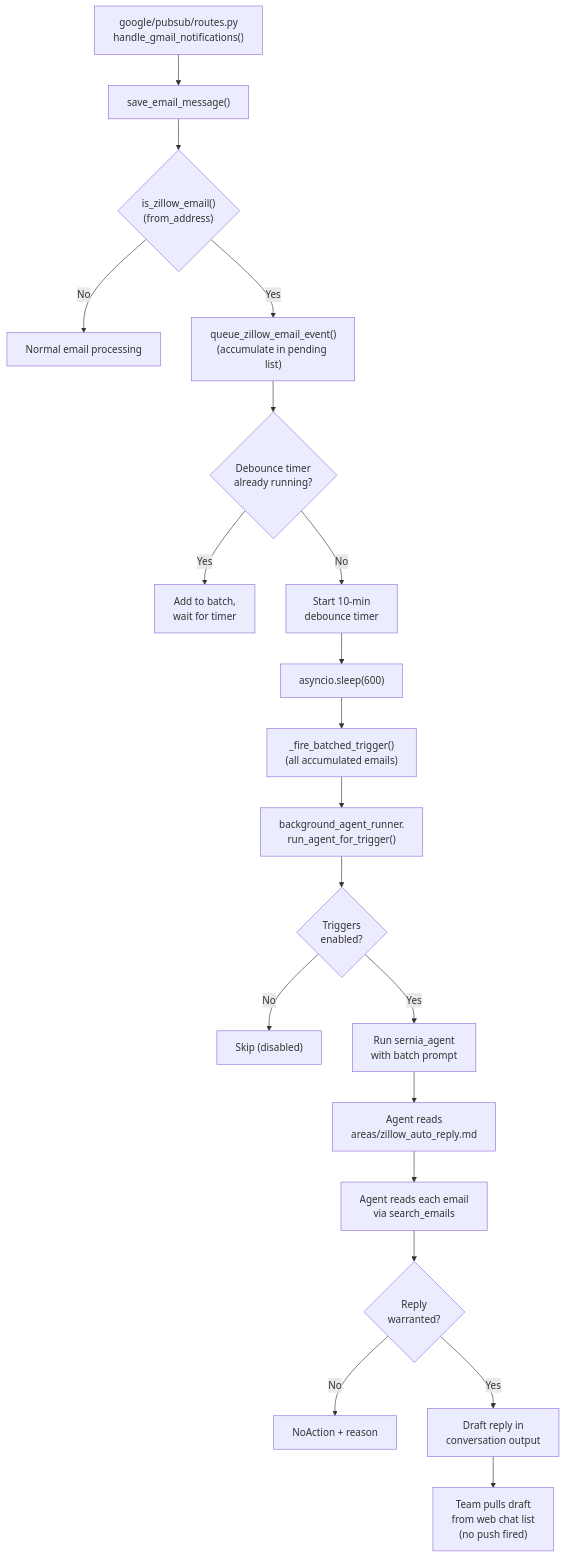
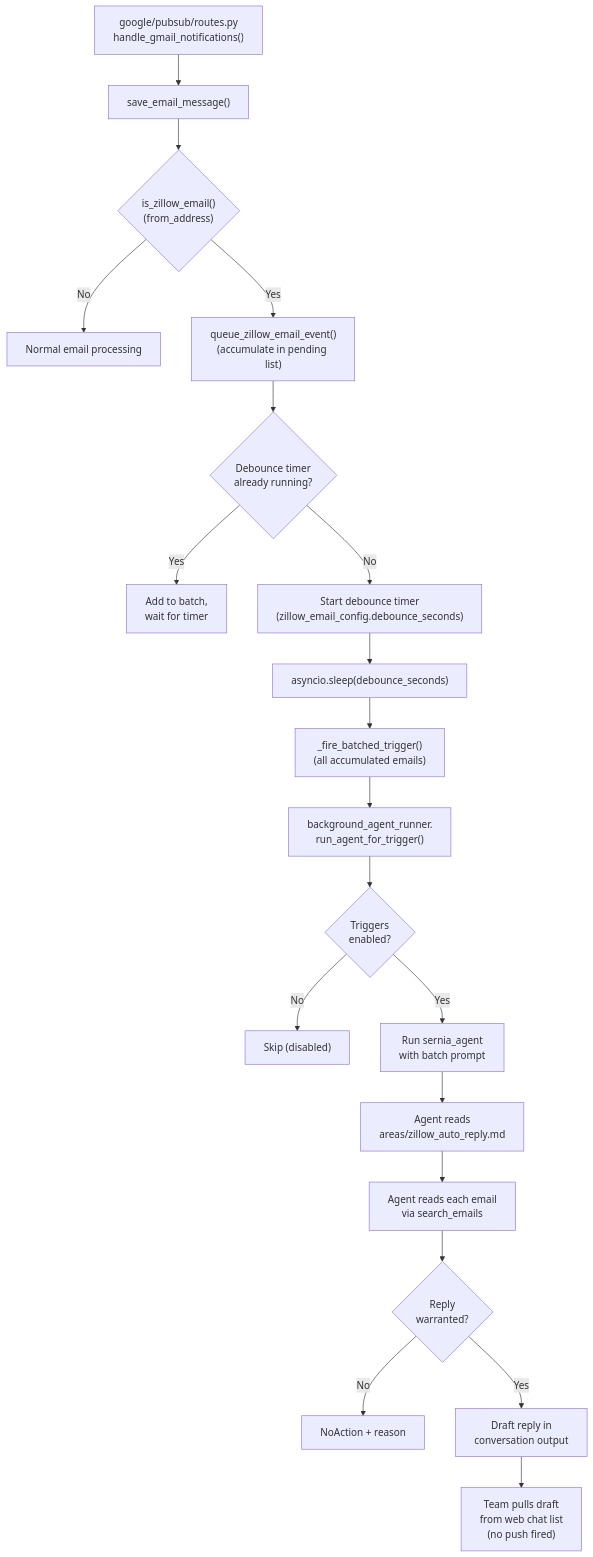
One commit to EmilioEsposito/portfolio changed the fourth of 4 diagrams in api/src/sernia_ai/triggers/README.md. Above: the diagram before and after it, drawn with Mermaid. The commit also changed other lines of this file and 10 other files, not shown here.

Commit message:
feat(zillow_email): implement configurable debounce and approval settings for Zillow email processing

````diff
--- a/api/src/sernia_ai/triggers/README.md
+++ b/api/src/sernia_ai/triggers/README.md
@@ -107,26 +114,26 @@
 ```mermaid
 flowchart TD
     PUBSUB["google/pubsub/routes.py<br/>handle_gmail_notifications()"] --> SAVE["save_email_message()"]
     SAVE --> CHECK{"is_zillow_email()<br/>(from_address)"}
     CHECK -->|No| DONE["Normal email processing"]
     CHECK -->|Yes| QUEUE["queue_zillow_email_event()<br/>(accumulate in pending list)"]
 
     QUEUE --> PENDING{"Debounce timer<br/>already running?"}
     PENDING -->|Yes| BATCH["Add to batch,<br/>wait for timer"]
-    PENDING -->|No| TIMER["Start 10-min<br/>debounce timer"]
+    PENDING -->|No| TIMER["Start debounce timer<br/>(zillow_email_config.debounce_seconds)"]
 
-    TIMER --> SLEEP["asyncio.sleep(600)"]
+    TIMER --> SLEEP["asyncio.sleep(debounce_seconds)"]
     SLEEP --> FIRE["_fire_batched_trigger()<br/>(all accumulated emails)"]
 
     FIRE --> RUNNER["background_agent_runner.<br/>run_agent_for_trigger()"]
     RUNNER --> ENABLED{"Triggers<br/>enabled?"}
     ENABLED -->|No| SKIP["Skip (disabled)"]
     ENABLED -->|Yes| AGENT["Run sernia_agent<br/>with batch prompt"]
 
     AGENT --> GUIDE["Agent reads<br/>areas/zillow_auto_reply.md"]
     GUIDE --> THREAD["Agent reads each email<br/>via search_emails"]
     THREAD --> DECIDE{"Reply<br/>warranted?"}
     DECIDE -->|No| NOACTION["NoAction + reason"]
     DECIDE -->|Yes| DRAFT["Draft reply in<br/>conversation output"]
     DRAFT --> REVIEW["Team pulls draft<br/>from web chat list<br/>(no push fired)"]
 ```
````
